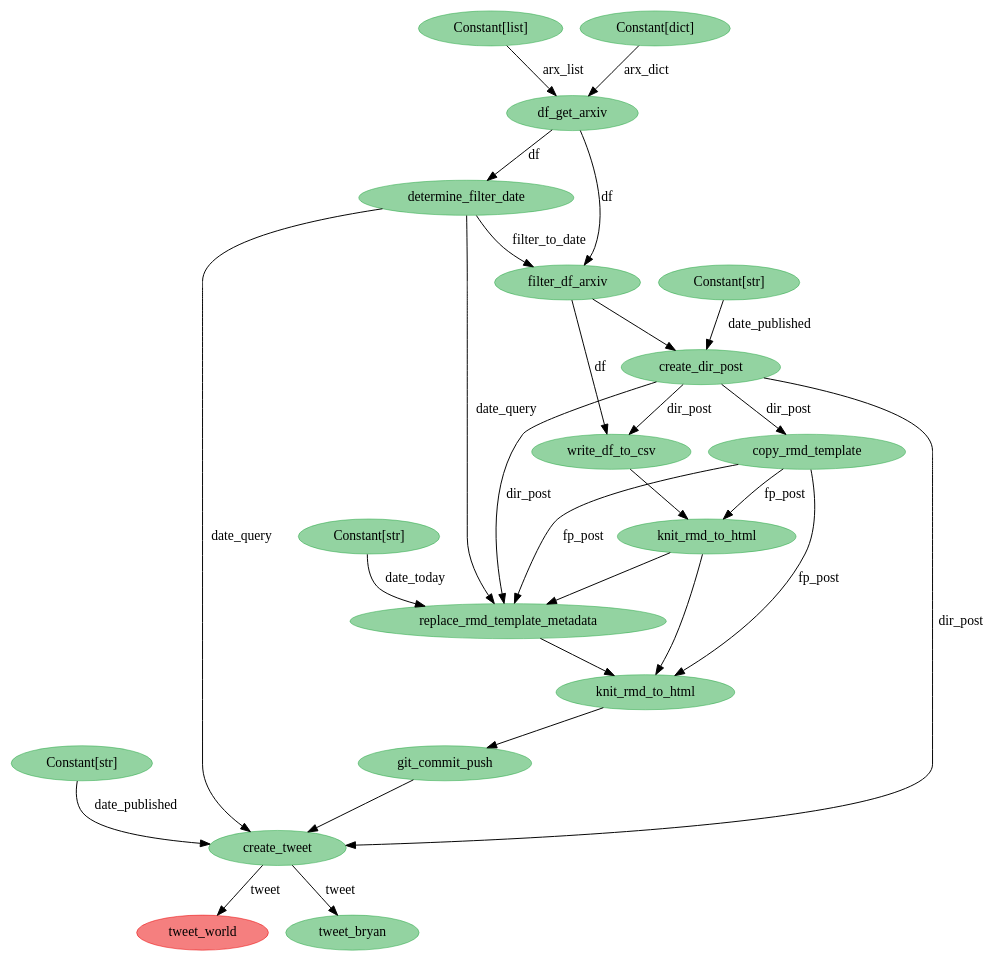
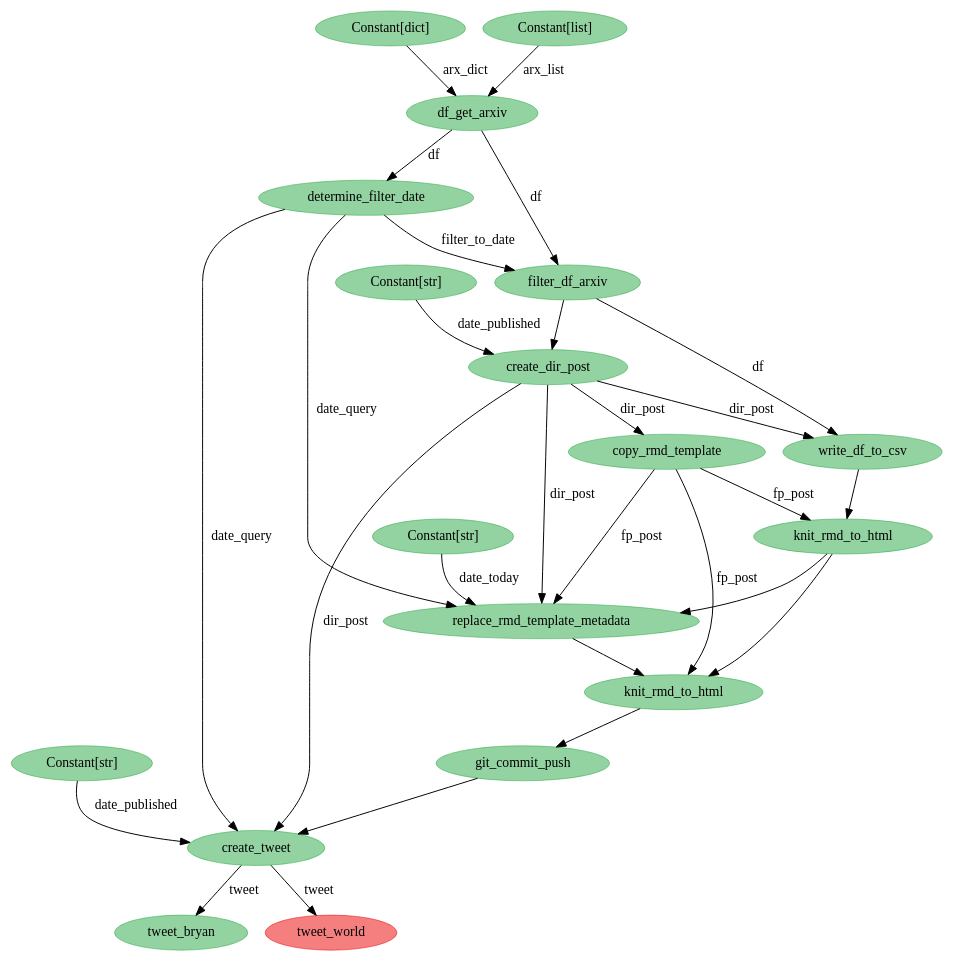
The diagram in python/state-viz.dot (bryanwhiting/ds-arxiv), drawn with Graphviz before and after one commit. The commit also changed 5 other files, not shown here.

```diff
--- a/python/state-viz.dot
+++ b/python/state-viz.dot
@@ -1,47 +1,47 @@
 digraph {
-	4634508496 [label=tweet_world color="#eb000080" colorscheme=svg shape=ellipse style=filled]
-	4634507856 [label=create_tweet color="#28a74580" colorscheme=svg shape=ellipse style=filled]
-	4634507920 [label="Constant[str]" color="#28a74580" colorscheme=svg shape=ellipse style=filled]
-	4634467664 [label=df_get_arxiv color="#28a74580" colorscheme=svg shape=ellipse style=filled]
-	4634467344 [label="Constant[list]" color="#28a74580" colorscheme=svg shape=ellipse style=filled]
-	4634468112 [label=determine_filter_date color="#28a74580" colorscheme=svg shape=ellipse style=filled]
-	4634467472 [label="Constant[dict]" color="#28a74580" colorscheme=svg shape=ellipse style=filled]
-	4634505360 [label=filter_df_arxiv color="#28a74580" colorscheme=svg shape=ellipse style=filled]
-	4634505488 [label=create_dir_post color="#28a74580" colorscheme=svg shape=ellipse style=filled]
-	4634506064 [label="Constant[str]" color="#28a74580" colorscheme=svg shape=ellipse style=filled]
-	4634505616 [label=write_df_to_csv color="#28a74580" colorscheme=svg shape=ellipse style=filled]
-	4634506192 [label=copy_rmd_template color="#28a74580" colorscheme=svg shape=ellipse style=filled]
-	4634506384 [label=knit_rmd_to_html color="#28a74580" colorscheme=svg shape=ellipse style=filled]
-	4634507280 [label=knit_rmd_to_html color="#28a74580" colorscheme=svg shape=ellipse style=filled]
-	4634507600 [label=git_commit_push color="#28a74580" colorscheme=svg shape=ellipse style=filled]
-	4634508304 [label=tweet_bryan color="#28a74580" colorscheme=svg shape=ellipse style=filled]
-	4634506640 [label=replace_rmd_template_metadata color="#28a74580" colorscheme=svg shape=ellipse style=filled]
-	4634506704 [label="Constant[str]" color="#28a74580" colorscheme=svg shape=ellipse style=filled]
-	4634507856 -> 4634508304 [label=tweet]
-	4634467664 -> 4634505360 [label=df]
-	4634467664 -> 4634468112 [label=df]
-	4634506064 -> 4634505488 [label=date_published]
-	4634507920 -> 4634507856 [label=date_published]
-	4634468112 -> 4634507856 [label=date_query]
-	4634468112 -> 4634505360 [label=filter_to_date]
-	4634467472 -> 4634467664 [label=arx_dict]
-	4634505488 -> 4634505616 [label=dir_post]
-	4634505488 -> 4634506640 [label=dir_post]
-	4634507280 -> 4634507600
-	4634507856 -> 4634508496 [label=tweet]
-	4634505360 -> 4634505616 [label=df]
-	4634506704 -> 4634506640 [label=date_today]
-	4634467344 -> 4634467664 [label=arx_list]
-	4634468112 -> 4634506640 [label=date_query]
-	4634505488 -> 4634506192 [label=dir_post]
-	4634506192 -> 4634506384 [label=fp_post]
-	4634506192 -> 4634506640 [label=fp_post]
-	4634506192 -> 4634507280 [label=fp_post]
-	4634505360 -> 4634505488
-	4634505616 -> 4634506384
-	4634506384 -> 4634506640
-	4634506384 -> 4634507280
-	4634506640 -> 4634507280
-	4634505488 -> 4634507856 [label=dir_post]
-	4634507600 -> 4634507856
+	4527905296 [label=create_tweet color="#28a74580" colorscheme=svg shape=ellipse style=filled]
+	4527905744 [label=tweet_bryan color="#28a74580" colorscheme=svg shape=ellipse style=filled]
+	4527905360 [label="Constant[str]" color="#28a74580" colorscheme=svg shape=ellipse style=filled]
+	4527904720 [label=knit_rmd_to_html color="#28a74580" colorscheme=svg shape=ellipse style=filled]
+	4527865104 [label=df_get_arxiv color="#28a74580" colorscheme=svg shape=ellipse style=filled]
+	4527864912 [label="Constant[dict]" color="#28a74580" colorscheme=svg shape=ellipse style=filled]
+	4527902800 [label=filter_df_arxiv color="#28a74580" colorscheme=svg shape=ellipse style=filled]
+	4527865552 [label=determine_filter_date color="#28a74580" colorscheme=svg shape=ellipse style=filled]
+	4527864784 [label="Constant[list]" color="#28a74580" colorscheme=svg shape=ellipse style=filled]
+	4527902928 [label=create_dir_post color="#28a74580" colorscheme=svg shape=ellipse style=filled]
+	4527903504 [label="Constant[str]" color="#28a74580" colorscheme=svg shape=ellipse style=filled]
+	4527903056 [label=write_df_to_csv color="#28a74580" colorscheme=svg shape=ellipse style=filled]
+	4527903632 [label=copy_rmd_template color="#28a74580" colorscheme=svg shape=ellipse style=filled]
+	4527903824 [label=knit_rmd_to_html color="#28a74580" colorscheme=svg shape=ellipse style=filled]
+	4527905040 [label=git_commit_push color="#28a74580" colorscheme=svg shape=ellipse style=filled]
+	4527904080 [label=replace_rmd_template_metadata color="#28a74580" colorscheme=svg shape=ellipse style=filled]
+	4527905936 [label=tweet_world color="#eb000080" colorscheme=svg shape=ellipse style=filled]
+	4527904144 [label="Constant[str]" color="#28a74580" colorscheme=svg shape=ellipse style=filled]
+	4527902928 -> 4527903056 [label=dir_post]
+	4527902928 -> 4527904080 [label=dir_post]
+	4527905296 -> 4527905936 [label=tweet]
+	4527865552 -> 4527902800 [label=filter_to_date]
+	4527903632 -> 4527903824 [label=fp_post]
+	4527903632 -> 4527904080 [label=fp_post]
+	4527865552 -> 4527904080 [label=date_query]
+	4527903632 -> 4527904720 [label=fp_post]
+	4527864784 -> 4527865104 [label=arx_list]
+	4527864912 -> 4527865104 [label=arx_dict]
+	4527904720 -> 4527905040
+	4527865104 -> 4527902800 [label=df]
+	4527865104 -> 4527865552 [label=df]
+	4527904144 -> 4527904080 [label=date_today]
+	4527903504 -> 4527902928 [label=date_published]
+	4527905360 -> 4527905296 [label=date_published]
+	4527902928 -> 4527903632 [label=dir_post]
+	4527902928 -> 4527905296 [label=dir_post]
+	4527905296 -> 4527905744 [label=tweet]
+	4527865552 -> 4527905296 [label=date_query]
+	4527902800 -> 4527902928
+	4527903056 -> 4527903824
+	4527903824 -> 4527904080
+	4527903824 -> 4527904720
+	4527904080 -> 4527904720
+	4527905040 -> 4527905296
+	4527902800 -> 4527903056 [label=df]
 }
```
